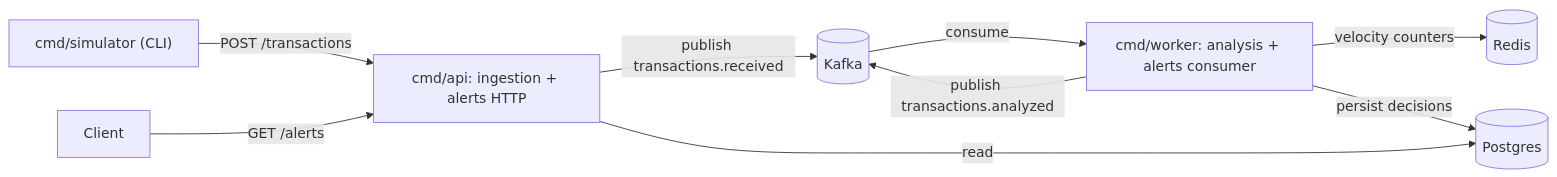
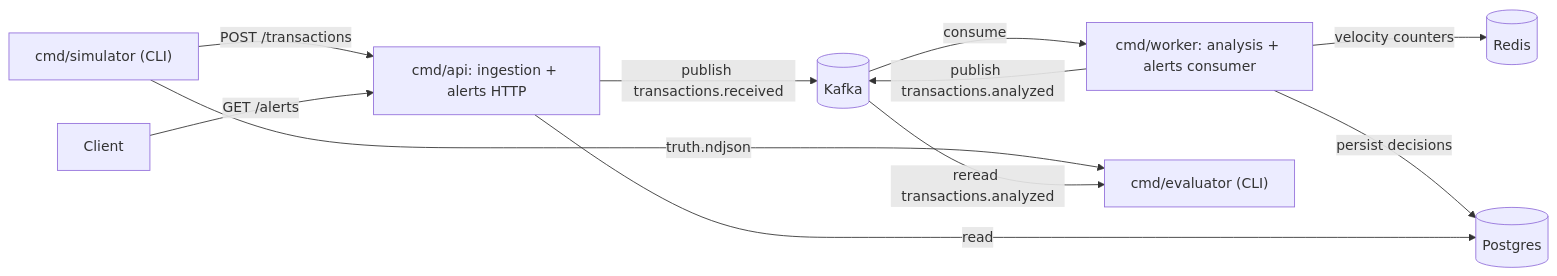
The diagram in ARCHITECTURE.md (renan-lab/fraud-analysis-go), drawn with Mermaid before and after one commit. The commit also changed other lines of this file and 6 other files, not shown here.

````diff
--- a/ARCHITECTURE.md
+++ b/ARCHITECTURE.md
@@ -13,11 +13,13 @@
 ```mermaid
 flowchart LR
   sim["cmd/simulator (CLI)"] -->|"POST /transactions"| api["cmd/api: ingestion + alerts HTTP"]
   api -->|"publish transactions.received"| kafka[(Kafka)]
   kafka -->|consume| worker["cmd/worker: analysis + alerts consumer"]
   worker -->|"velocity counters"| redis[(Redis)]
   worker -->|"publish transactions.analyzed"| kafka
   worker -->|"persist decisions"| pg[(Postgres)]
   client[Client] -->|"GET /alerts"| api
   api -->|read| pg
+  sim -->|"truth.ndjson"| evaluator["cmd/evaluator (CLI)"]
+  kafka -->|"reread transactions.analyzed"| evaluator
 ```
````
